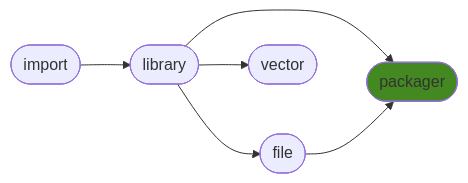
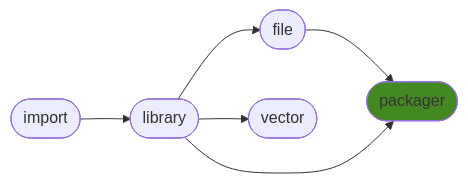
The diagram in README.md (ManderaGeneral/generalpackager), drawn with Mermaid before and after one commit. The commit also changed other lines of this file, not shown here.

````diff
--- a/README.md
+++ b/README.md
@@ -16,14 +16,14 @@
 ```mermaid
 flowchart LR
+2([file]) --> 4([packager])
+0([import]) --> 1([library])
+1([library]) --> 2([file])
 1([library]) --> 4([packager])
-0([import]) --> 1([library])
-2([file]) --> 4([packager])
-1([library]) --> 2([file])
 1([library]) --> 3([vector])
 click 0 "https://github.com/ManderaGeneral/generalimport"
 click 1 "https://github.com/ManderaGeneral/generallibrary"
 click 2 "https://github.com/ManderaGeneral/generalfile"
 click 3 "https://github.com/ManderaGeneral/generalvector"
 click 4 "https://github.com/ManderaGeneral/generalpackager"
 style 4 fill:#482
 ```
````
